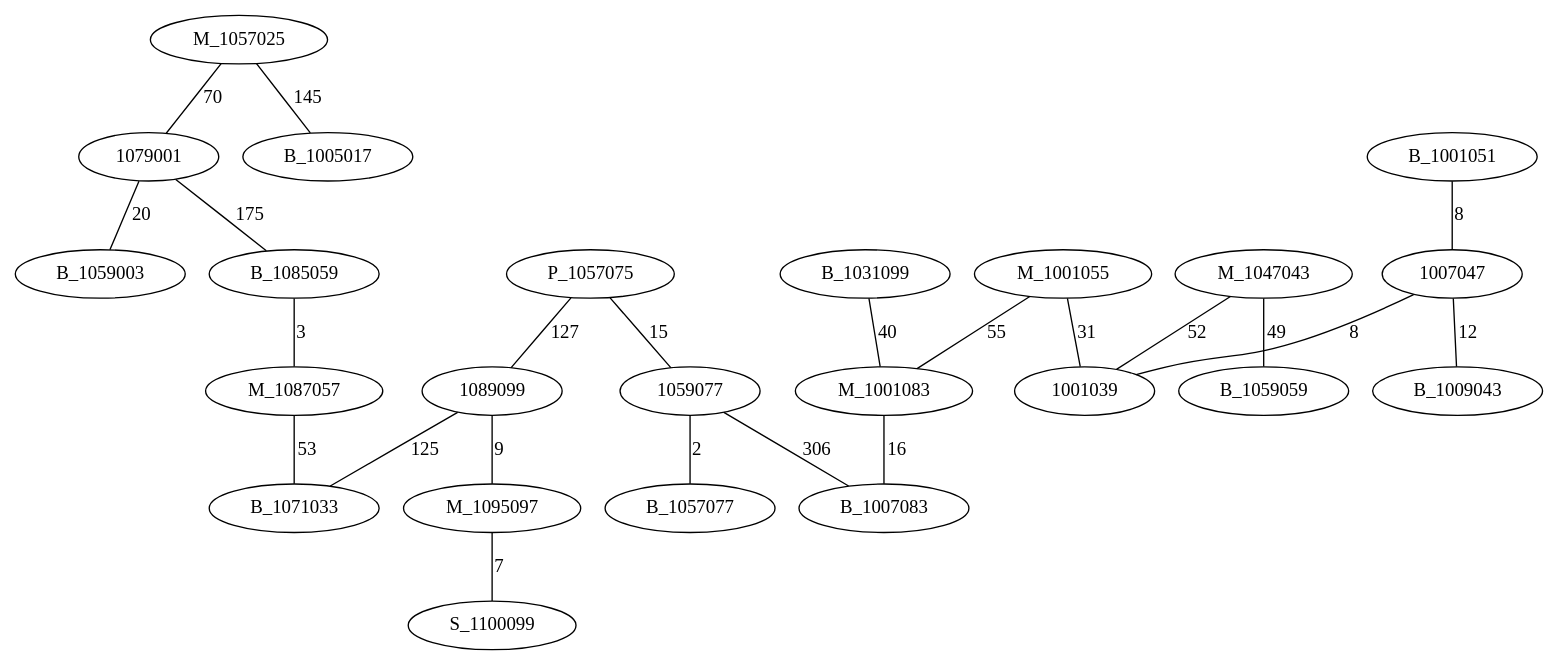
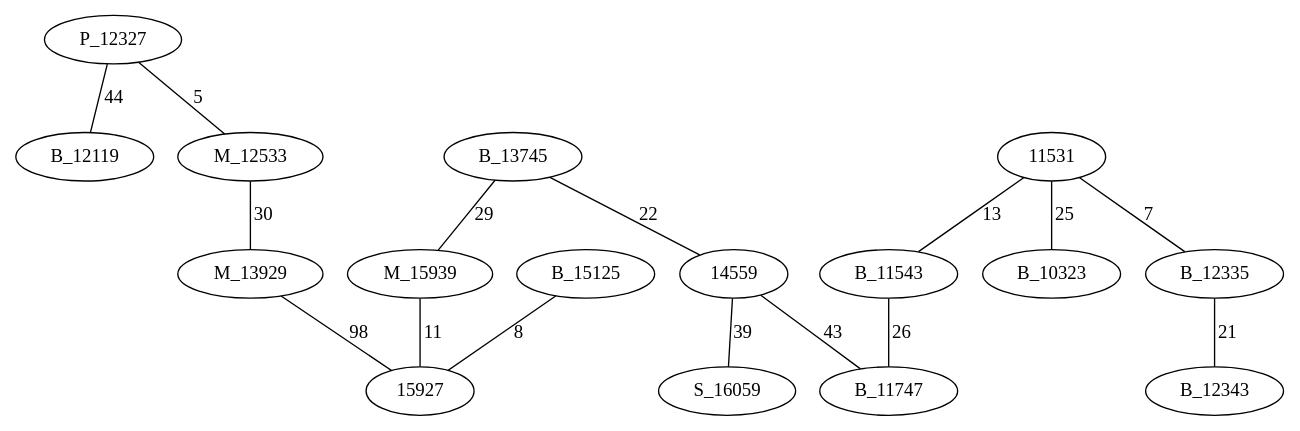
The diagram in Graph.dot (AsmNoob/Labyrinthe), drawn with Graphviz before and after one commit. The commit also changed 8 other files, not shown here.

```diff
--- a/Graph.dot
+++ b/Graph.dot
@@ -1,26 +1,19 @@
 graph chemin {
 
-	P_1057075 -- 1089099 [label=127]
-	P_1057075 -- 1059077 [label=15]
-	B_1031099 -- M_1001083 [label=40]
-	1089099 -- B_1071033 [label=125]
-	1089099 -- M_1095097 [label=9]
-	M_1095097 -- S_1100099 [label=7]
-	M_1047043 -- B_1059059 [label=49]
-	M_1047043 -- 1001039 [label=52]
-	M_1057025 -- 1079001 [label=70]
-	M_1057025 -- B_1005017 [label=145]
-	B_1001051 -- 1007047 [label=8]
-	M_1001055 -- M_1001083 [label=55]
-	M_1001055 -- 1001039 [label=31]
-	1079001 -- B_1085059 [label=175]
-	1079001 -- B_1059003 [label=20]
-	1059077 -- B_1007083 [label=306]
-	1059077 -- B_1057077 [label=2]
-	1007047 -- B_1009043 [label=12]
-	1007047 -- 1001039 [label=8]
-	M_1001083 -- B_1007083 [label=16]
-	B_1085059 -- M_1087057 [label=3]
-	M_1087057 -- B_1071033 [label=53]
+	P_12327 -- B_12119 [label=44]
+	P_12327 -- M_12533 [label=5]
+	11531 -- B_11543 [label=13]
+	11531 -- B_10323 [label=25]
+	11531 -- B_12335 [label=7]
+	B_13745 -- 14559 [label=22]
+	B_13745 -- M_15939 [label=29]
+	B_12335 -- B_12343 [label=21]
+	B_15125 -- 15927 [label=8]
+	M_12533 -- M_13929 [label=30]
+	M_15939 -- 15927 [label=11]
+	B_11543 -- B_11747 [label=26]
+	M_13929 -- 15927 [label=98]
+	14559 -- S_16059 [label=39]
+	14559 -- B_11747 [label=43]
 
 }
```
